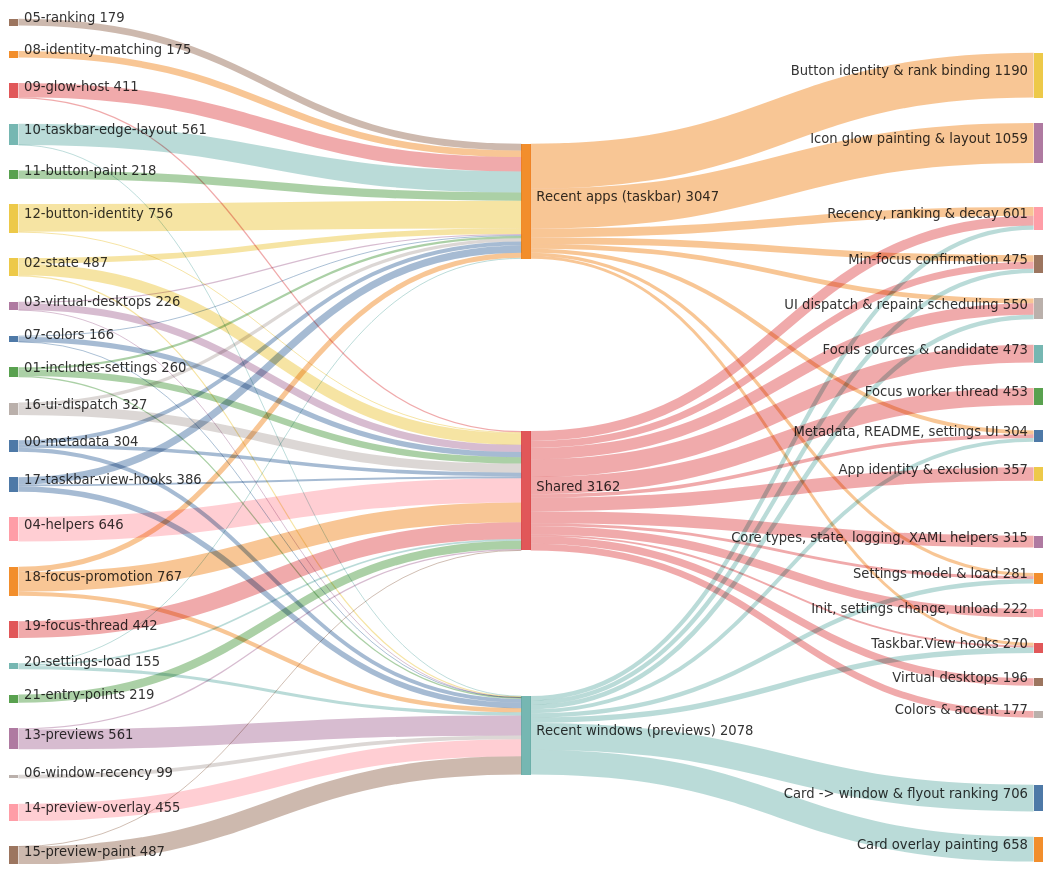
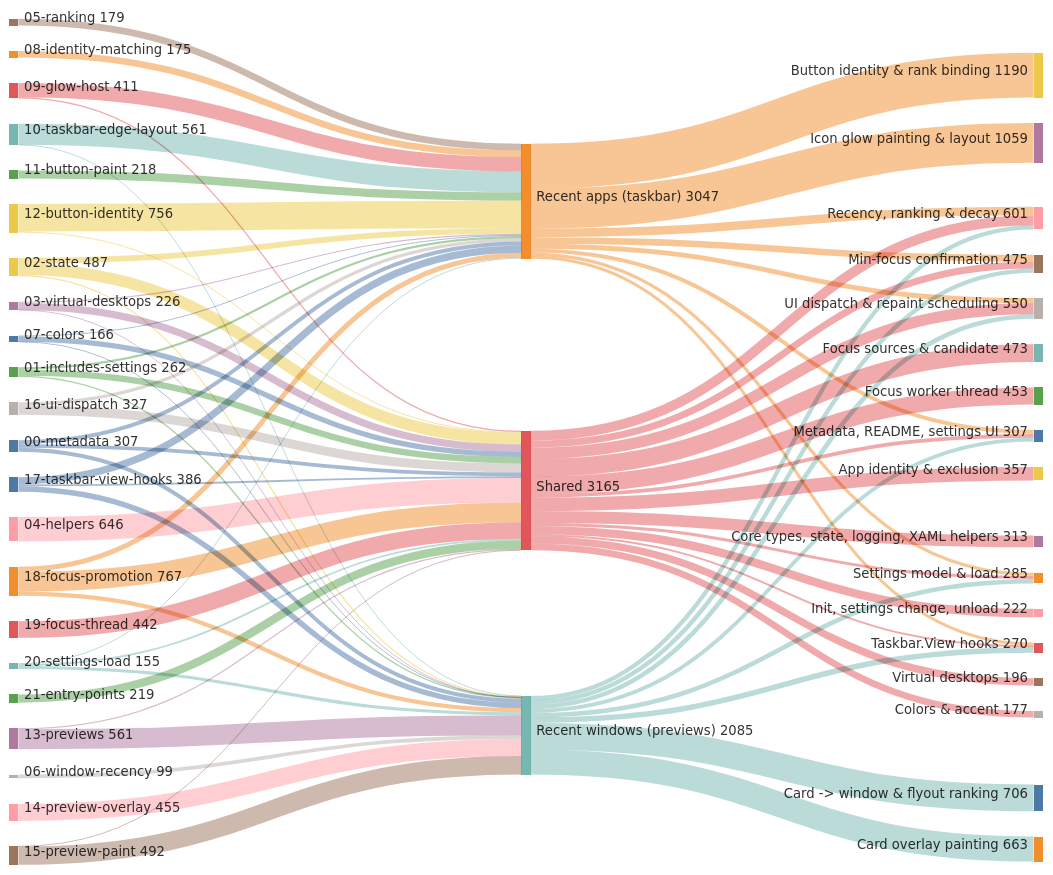
The second of 5 diagrams in doc/code/code-breakdown.md (jvlasek/taskbar-recent-focus-highlight), drawn with Mermaid before and after one commit. The commit also changed other lines of this file and 8 other files, not shown here.

```diff
--- a/doc/code/code-breakdown.md
+++ b/doc/code/code-breakdown.md
@@ -38,11 +38,11 @@
 ---
 sankey-beta
 00-metadata,"Recent apps (taskbar)",105
-00-metadata,"Shared",96
+00-metadata,"Shared",99
 00-metadata,"Recent windows (previews)",103
 01-includes-settings,"Recent apps (taskbar)",59
 01-includes-settings,"Shared",169
-01-includes-settings,"Recent windows (previews)",32
+01-includes-settings,"Recent windows (previews)",34
 02-state,"Recent apps (taskbar)",150
 02-state,"Shared",306
 02-state,"Recent windows (previews)",31
@@ -67,7 +67,7 @@
 13-previews,"Recent windows (previews)",528
 14-preview-overlay,"Recent windows (previews)",455
 15-preview-paint,"Shared",4
-15-preview-paint,"Recent windows (previews)",483
+15-preview-paint,"Recent windows (previews)",488
 16-ui-dispatch,"Recent apps (taskbar)",87
 16-ui-dispatch,"Shared",240
 17-taskbar-view-hooks,"Recent apps (taskbar)",193
@@ -92,21 +92,21 @@
 "Shared","Focus sources & candidate",473
 "Shared","Focus worker thread",453
 "Shared","App identity & exclusion",357
-"Shared","Core types, state, logging, XAML helpers",315
+"Shared","Core types, state, logging, XAML helpers",313
 "Shared","UI dispatch & repaint scheduling",300
 "Shared","Recency, ranking & decay",261
 "Shared","Init, settings change, unload",222
 "Shared","Virtual desktops",196
 "Shared","Min-focus confirmation",185
 "Shared","Colors & accent",177
-"Shared","Metadata, README, settings UI",96
-"Shared","Settings model & load",77
+"Shared","Metadata, README, settings UI",99
+"Shared","Settings model & load",79
 "Shared","Taskbar.View hooks",50
 "Recent windows (previews)","Card -> window & flyout ranking",706
-"Recent windows (previews)","Card overlay painting",658
+"Recent windows (previews)","Card overlay painting",663
 "Recent windows (previews)","Taskbar.View hooks",143
+"Recent windows (previews)","Settings model & load",121
 "Recent windows (previews)","UI dispatch & repaint scheduling",121
-"Recent windows (previews)","Settings model & load",119
 "Recent windows (previews)","Min-focus confirmation",115
 "Recent windows (previews)","Recency, ranking & decay",113
 "Recent windows (previews)","Metadata, README, settings UI",103
```
